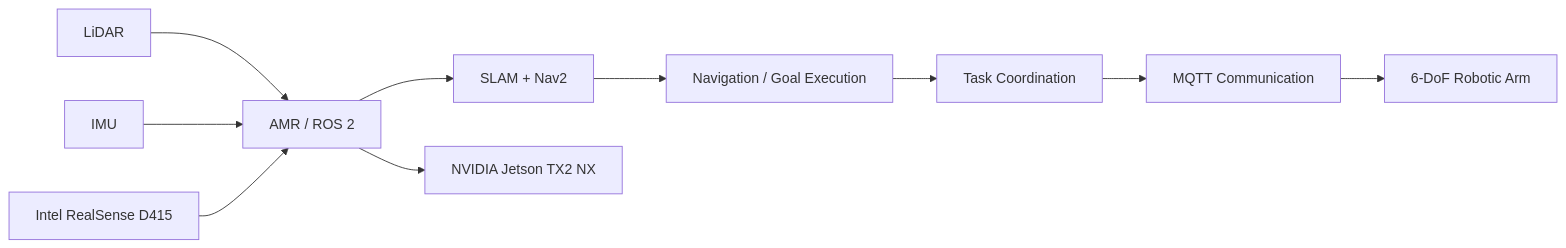
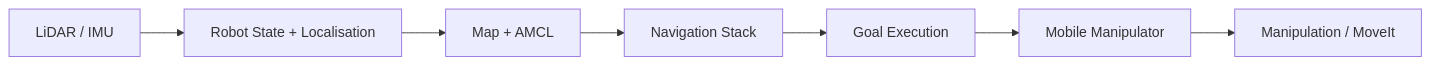
One commit to karan-automation/amr-robot-arm-integration changed the diagram in README.md. Above: the diagram before and after it, drawn with Mermaid. The commit also changed other lines of this file, not shown here.

Commit message:
Correct project stack and document ROS/ROS2 workflow

````diff
--- a/README.md
+++ b/README.md
@@ -25,12 +59,9 @@
 ```mermaid
 flowchart LR
-    A[LiDAR] --> B[AMR / ROS 2]
-    C[IMU] --> B
-    D[Intel RealSense D415] --> B
-    B --> E[SLAM + Nav2]
-    E --> F[Navigation / Goal Execution]
-    F --> G[Task Coordination]
-    G --> H[MQTT Communication]
-    H --> I[6-DoF Robotic Arm]
-    B --> J[NVIDIA Jetson TX2 NX]
+    A[LiDAR / IMU] --> B[Robot State + Localisation]
+    B --> C[Map + AMCL]
+    C --> D[Navigation Stack]
+    D --> E[Goal Execution]
+    E --> F[Mobile Manipulator]
+    F --> G[Manipulation / MoveIt]
 ```
````
